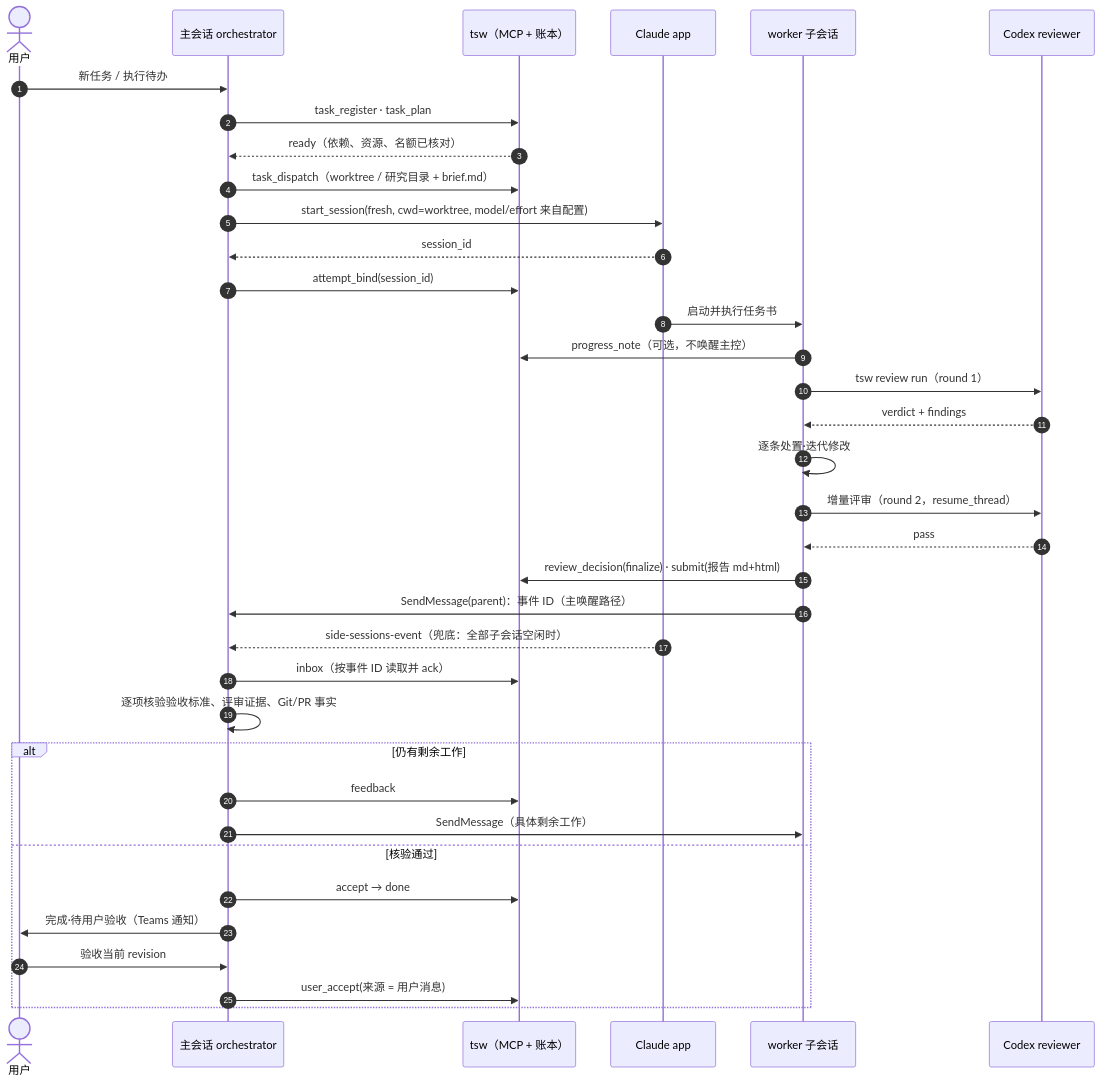
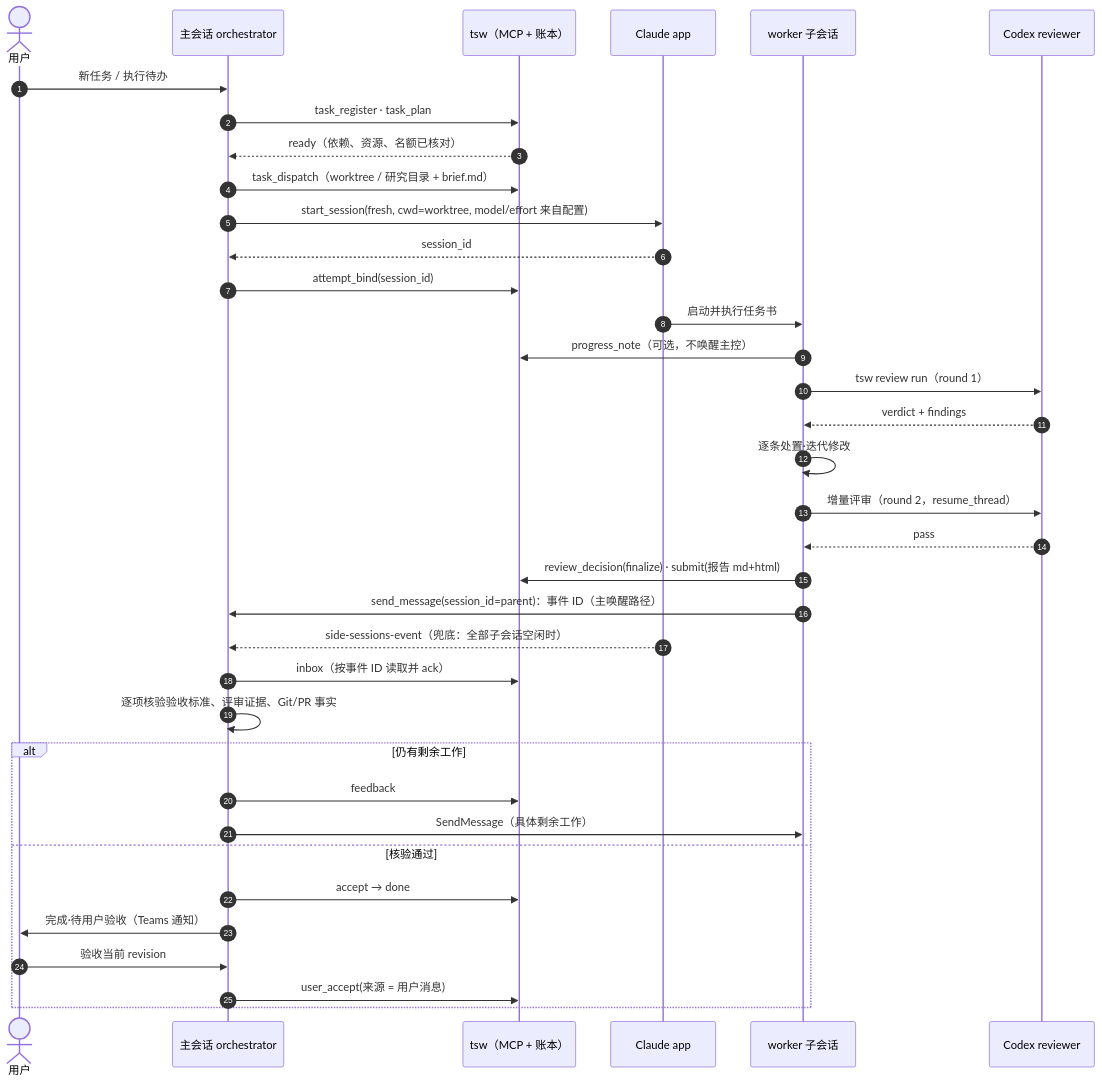
One commit to flyrobin620/task-steward changed the diagram in docs/design/diagrams/end-to-end-sequence.mmd. Above: the diagram before and after it, drawn with Mermaid. The commit also changed 11 other files, not shown here.

```diff
--- a/docs/design/diagrams/end-to-end-sequence.mmd
+++ b/docs/design/diagrams/end-to-end-sequence.mmd
@@ -1,37 +1,37 @@
 sequenceDiagram
     autonumber
     actor U as 用户
     participant O as 主会话 orchestrator
     participant C as tsw（MCP + 账本）
     participant A as Claude app
     participant W as worker 子会话
     participant X as Codex reviewer
 
     U->>O: 新任务 / 执行待办
     O->>C: task_register · task_plan
     C-->>O: ready（依赖、资源、名额已核对）
     O->>C: task_dispatch（worktree / 研究目录 + brief.md）
     O->>A: start_session(fresh, cwd=worktree, model/effort 来自配置)
     A-->>O: session_id
     O->>C: attempt_bind(session_id)
     A->>W: 启动并执行任务书
     W->>C: progress_note（可选，不唤醒主控）
     W->>X: tsw review run（round 1）
     X-->>W: verdict + findings
     W->>W: 逐条处置·迭代修改
     W->>X: 增量评审（round 2，resume_thread）
     X-->>W: pass
     W->>C: review_decision(finalize) · submit(报告 md+html)
-    W->>O: SendMessage(parent)：事件 ID（主唤醒路径）
+    W->>O: send_message(session_id=parent)：事件 ID（主唤醒路径）
     A-->>O: side-sessions-event（兜底：全部子会话空闲时）
     O->>C: inbox（按事件 ID 读取并 ack）
     O->>O: 逐项核验验收标准、评审证据、Git/PR 事实
     alt 仍有剩余工作
         O->>C: feedback
         O->>W: SendMessage（具体剩余工作）
     else 核验通过
         O->>C: accept → done
         O->>U: 完成·待用户验收（Teams 通知）
         U->>O: 验收当前 revision
         O->>C: user_accept(来源 = 用户消息)
     end
```
